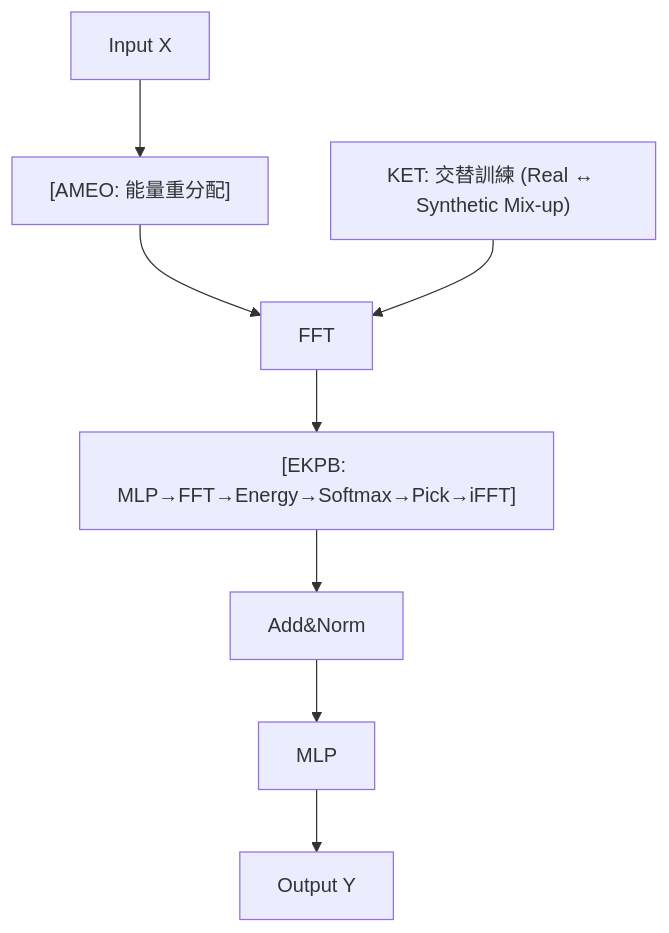
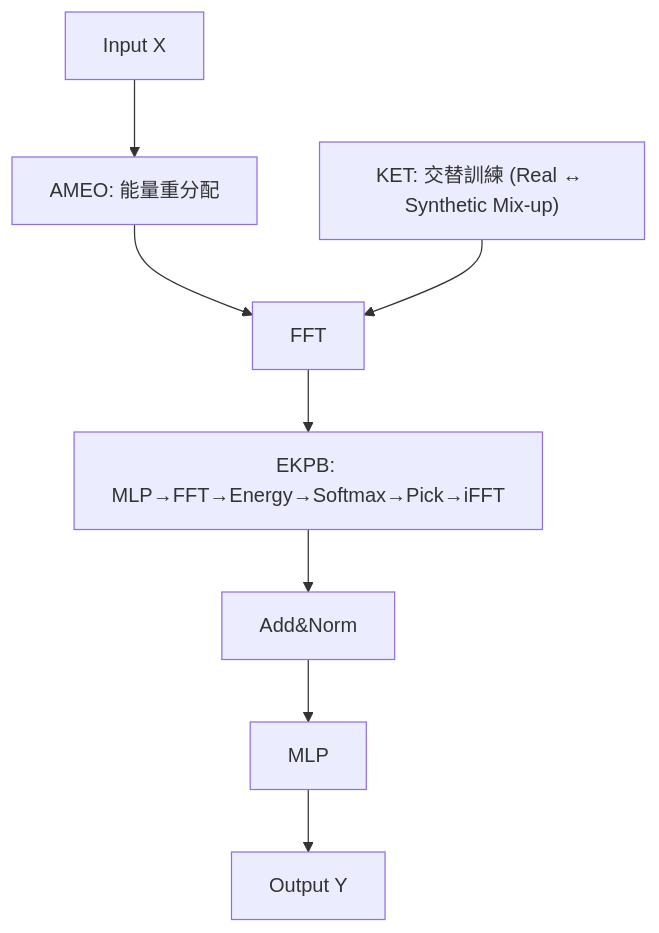
One commit to sou350121/Trading-Handbook changed the diagram in foundations/time-series-forecasting/refocus.md. Above: the diagram before and after it, drawn with Mermaid. The commit also changed other lines of this file and 191 other files, not shown here.

First line of the commit message:
render: fix math + mermaid for GitHub across the corpus (188 pages)

````diff
--- a/foundations/time-series-forecasting/refocus.md
+++ b/foundations/time-series-forecasting/refocus.md
@@ -30,10 +30,10 @@
 ```mermaid
 flowchart TD
-    A["Input X"] --> B["[AMEO: 能量重分配]"]
+    A["Input X"] --> B["AMEO: 能量重分配"]
     B --> C["FFT"]
-    C --> D["[EKPB: MLP→FFT→Energy→Softmax→Pick→iFFT]"]
-    D --> E["Add&Norm"]
+    C --> D["EKPB: MLP→FFT→Energy→Softmax→Pick→iFFT"]
+    D --> E["Add&amp;Norm"]
     E --> F["MLP"]
     F --> G["Output Y"]
     H["KET: 交替訓練 (Real ↔ Synthetic Mix-up)"] --> C
 ```
````
